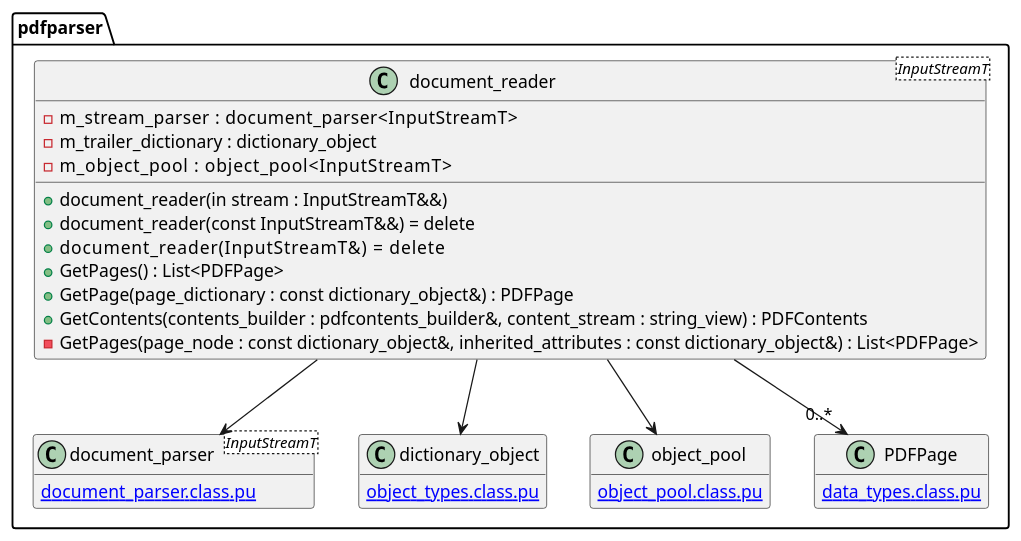
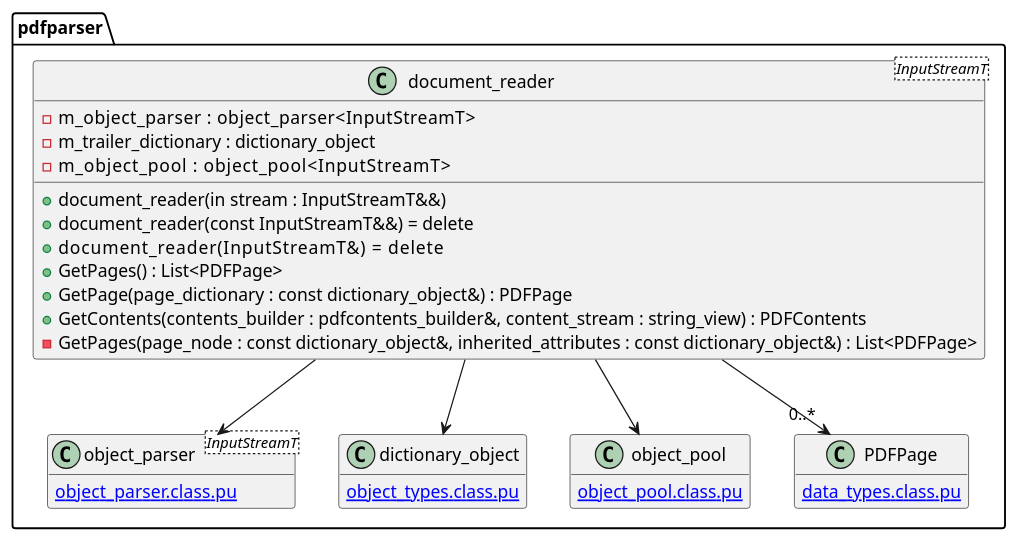
The diagram in document/document_reader/document_reader.class.pu (KodaiYM/PDFReader), drawn with PlantUML before and after one commit. The commit also changed 23 other files, not shown here.

Commit message:
document_parser -> object_parser

```diff
--- a/document/document_reader/document_reader.class.pu
+++ b/document/document_reader/document_reader.class.pu
@@ -1,34 +1,34 @@
 @startuml document_reader
 hide empty members
 namespace pdfparser {
 class document_reader<InputStreamT> {
-	-m_stream_parser      : document_parser<InputStreamT>
+	-m_object_parser      : object_parser<InputStreamT>
 	-m_trailer_dictionary : dictionary_object
 	-m_object_pool        : object_pool<InputStreamT>
 
 	+document_reader(in stream : InputStreamT&&)
 	+document_reader(const InputStreamT&&) = delete
 	+document_reader(InputStreamT&)        = delete
 	+GetPages() : List<PDFPage>
 	+GetPage(page_dictionary : const dictionary_object&) : PDFPage
 	+GetContents(contents_builder : pdfcontents_builder&, content_stream : string_view) : PDFContents
 	-GetPages(page_node : const dictionary_object&, inherited_attributes : const dictionary_object&) : List<PDFPage>
 }
-document_reader --> document_parser
+document_reader --> object_parser
 document_reader --> dictionary_object 
 document_reader --> object_pool
 document_reader --> "0..*" PDFPage
 
-class document_parser<InputStreamT> {
-	[[document_parser.class.pu]]
+class object_parser<InputStreamT> {
+	[[object_parser.class.pu]]
 }
 class object_pool {
 	[[object_pool.class.pu]]
 }
 class dictionary_object {
 	[[object_types.class.pu]]
 }
 class PDFPage {
 	[[data_types.class.pu]]
 }
 @enduml
```
